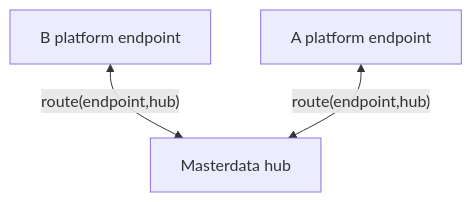
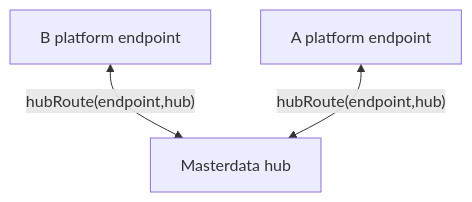
Before and after one commit to DKE-Data/masterdata-sync-working-group: the diagram in architecture/04-routing.md, drawn with Mermaid. The commit also changed 5 other files, not shown here.

````diff
--- a/architecture/04-routing.md
+++ b/architecture/04-routing.md
@@ -24,10 +24,10 @@
 ```mermaid
 flowchart TB
     Aplatform["A platform endpoint"]
     Bplatform["B platform endpoint"]
     MasterdataHub["Masterdata hub"]
-    Bplatform <-->|"route(endpoint,hub)"| MasterdataHub
-    Aplatform <-->|"route(endpoint,hub)"| MasterdataHub
+    Bplatform <-->|"hubRoute(endpoint,hub)"| MasterdataHub
+    Aplatform <-->|"hubRoute(endpoint,hub)"| MasterdataHub
     %% ceasg:{"id":"hr01a8qx"} %%
-    %% mermaid-flow:pos Aplatform=126,57 Bplatform=392,59 MasterdataHub=239,-97
+    %% mermaid-flow:pos Aplatform=102,59 Bplatform=389,62 MasterdataHub=239,-97
 ```
````
